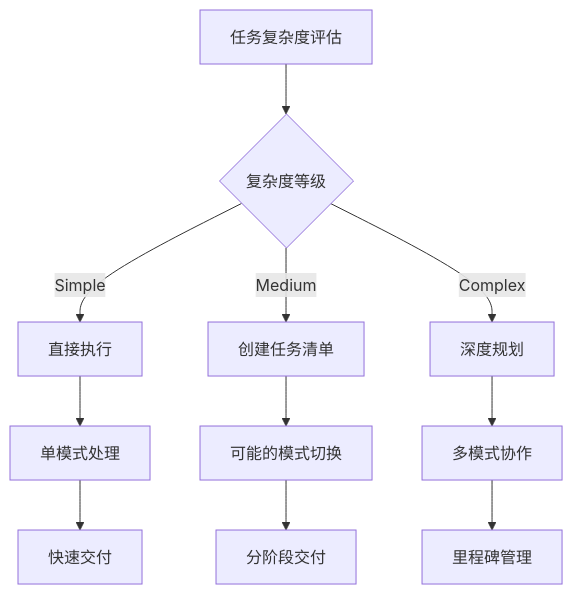
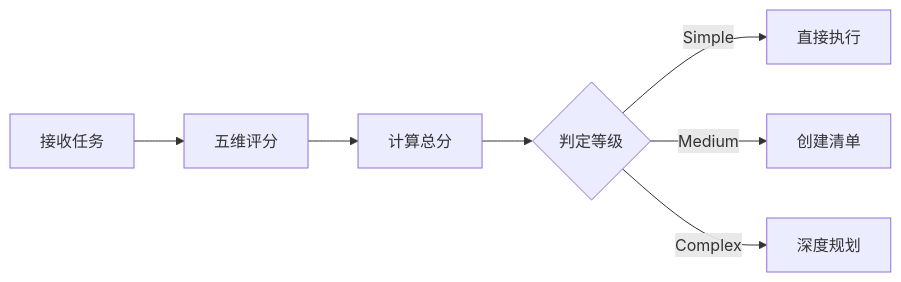
The first of 3 diagrams in roo/rules/task.md (lazygophers/roo), drawn with Mermaid before and after one commit. The commit also changed other lines of this file and 5 other files, not shown here.

````diff
--- a/roo/rules/task.md
+++ b/roo/rules/task.md
@@ -223,15 +31,9 @@
 ```mermaid
-graph TD
-    A[任务复杂度评估] --> B{复杂度等级}
-    B -->|Simple| C[直接执行]
-    B -->|Medium| D[创建任务清单]
-    B -->|Complex| E[深度规划]
-
-    C --> F[单模式处理]
-    D --> G[可能的模式切换]
-    E --> H[多模式协作]
-
-    F --> I[快速交付]
-    G --> J[分阶段交付]
-    H --> K[里程碑管理]
+graph LR
+    A[接收任务] --> B[五维评分]
+    B --> C[计算总分]
+    C --> D{判定等级}
+    D -->|Simple| E[直接执行]
+    D -->|Medium| F[创建清单]
+    D -->|Complex| G[深度规划]
 ```
````
